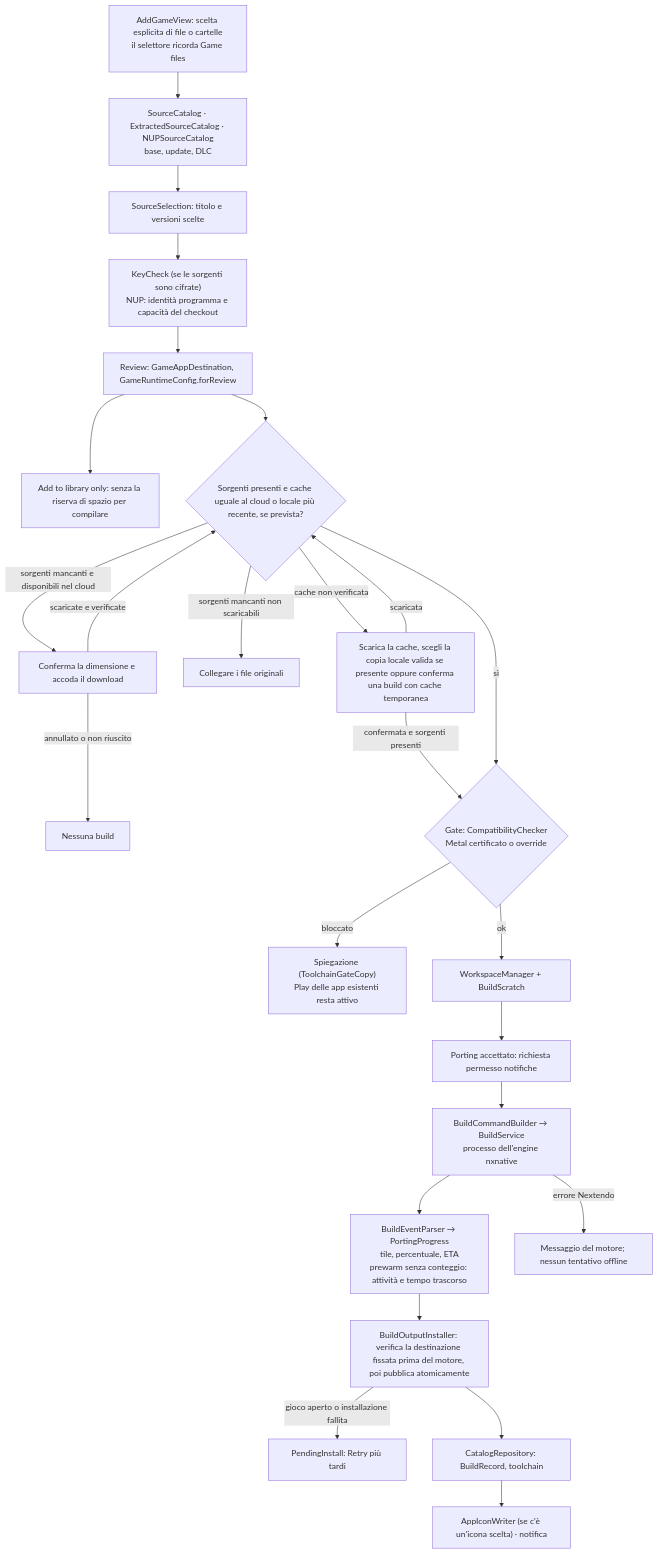
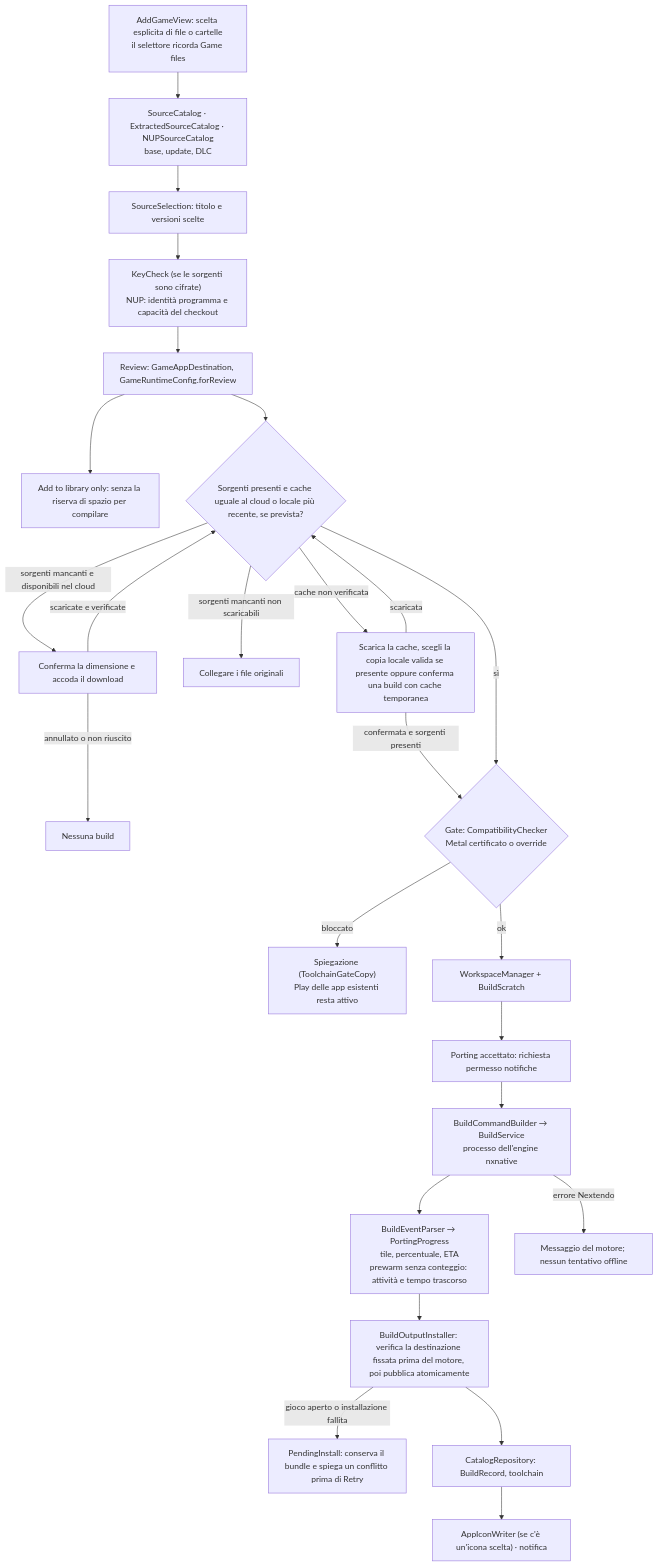
Before and after one commit to sofianbll/oort-nx: the fifth of 9 diagrams in docs/how-it-works/flows.md, drawn with Mermaid. The commit also changed 10 other files, not shown here.

````diff
--- a/docs/how-it-works/flows.md
+++ b/docs/how-it-works/flows.md
@@ -144,27 +144,27 @@
 ```mermaid
 flowchart TD
     A["AddGameView: scelta esplicita di file o cartelle<br/>il selettore ricorda Game files"] --> B["SourceCatalog · ExtractedSourceCatalog · NUPSourceCatalog<br/>base, update, DLC"]
     B --> C["SourceSelection: titolo e versioni scelte"]
     C --> D["KeyCheck (se le sorgenti sono cifrate)<br/>NUP: identità programma e capacità del checkout"]
     D --> E["Review: GameAppDestination, GameRuntimeConfig.forReview"]
     E --> ALO["Add to library only: senza la riserva di spazio per compilare"]
     E --> R{"Sorgenti presenti e cache uguale al cloud o locale più recente, se prevista?"}
     R -->|"sorgenti mancanti e disponibili nel cloud"| U["Conferma la dimensione e accoda il download"]
     U -->|"scaricate e verificate"| R
     U -->|"annullato o non riuscito"| P["Nessuna build"]
     R -->|"sorgenti mancanti non scaricabili"| S["Collegare i file originali"]
     R -->|"cache non verificata"| T["Scarica la cache, scegli la copia locale valida se presente oppure conferma una build con cache temporanea"]
     T -->|"scaricata"| R
     T -->|"confermata e sorgenti presenti"| F
     R -->|"sì"| F{"Gate: CompatibilityChecker<br/>Metal certificato o override"}
     F -->|"bloccato"| Z["Spiegazione (ToolchainGateCopy)<br/>Play delle app esistenti resta attivo"]
     F -->|"ok"| G["WorkspaceManager + BuildScratch"]
     G --> N["Porting accettato: richiesta permesso notifiche"]
     N --> H["BuildCommandBuilder → BuildService<br/>processo dell'engine nxnative"]
     H --> I["BuildEventParser → PortingProgress<br/>tile, percentuale, ETA<br/>prewarm senza conteggio: attività e tempo trascorso"]
     H -->|"errore Nextendo"| X["Messaggio del motore; nessun tentativo offline"]
     I --> J["BuildOutputInstaller: verifica la destinazione fissata prima del motore, poi pubblica atomicamente"]
-    J -->|"gioco aperto o installazione fallita"| K["PendingInstall: Retry più tardi"]
+    J -->|"gioco aperto o installazione fallita"| K["PendingInstall: conserva il bundle e spiega un conflitto prima di Retry"]
     J --> L["CatalogRepository: BuildRecord, toolchain"]
     L --> M["AppIconWriter (se c'è un'icona scelta) · notifica"]
 ```
````
